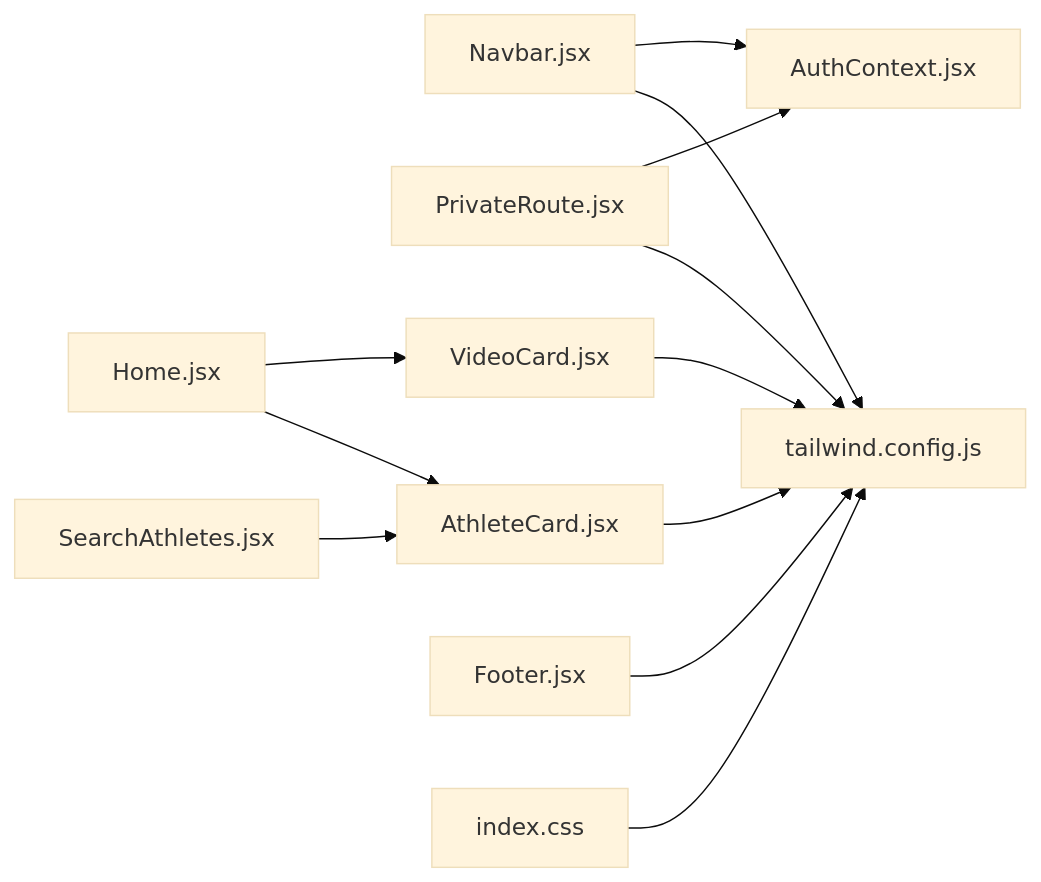
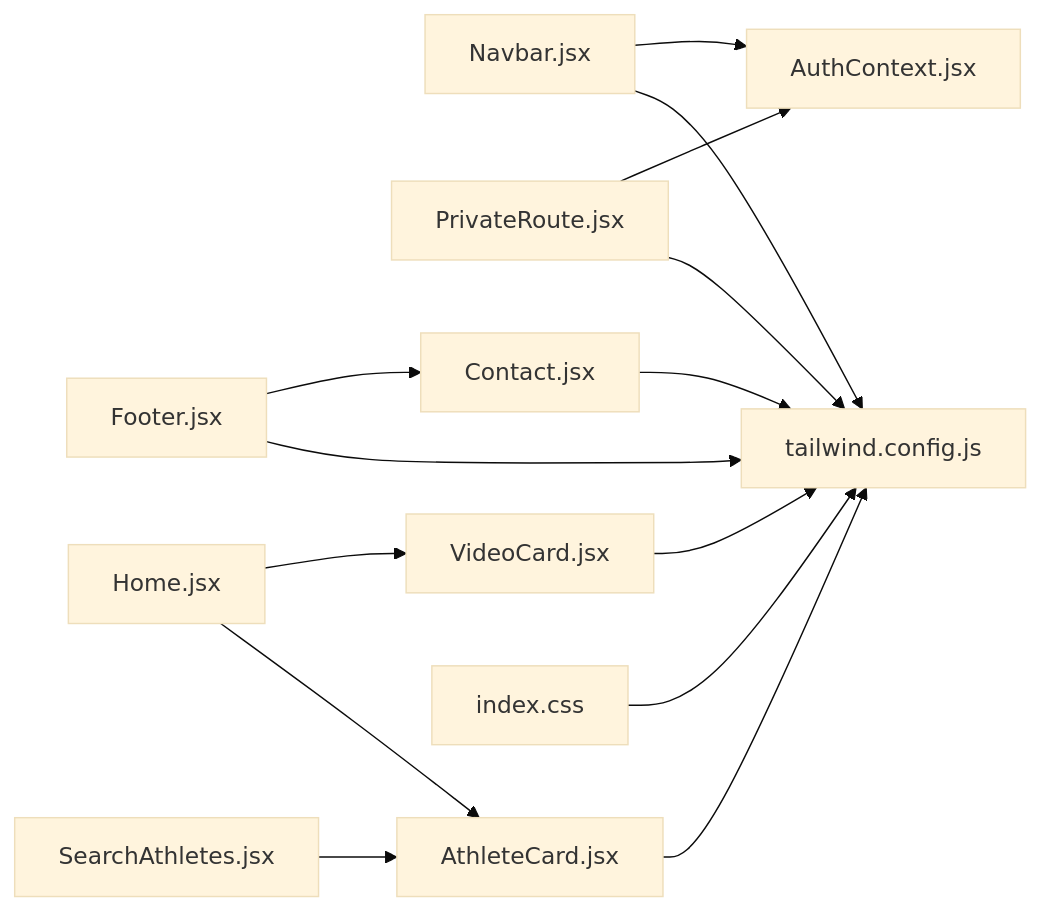
Before and after one commit to Alexandrexicara/craque-vision: the seventh of 7 diagrams in .qoder/repowiki/en/content/Frontend Application/Component Library.md, drawn with Mermaid (base theme). The commit also changed other lines of this file and 2 other files, not shown here.

````diff
--- a/.qoder/repowiki/en/content/Frontend Application/Component Library.md
+++ b/.qoder/repowiki/en/content/Frontend Application/Component Library.md
@@ -358,14 +388,16 @@
 ```mermaid
 graph LR
 NB["Navbar.jsx"] --> ACtx["AuthContext.jsx"]
 PR["PrivateRoute.jsx"] --> ACtx
 HOME["Home.jsx"] --> VC["VideoCard.jsx"]
 HOME --> AC["AthleteCard.jsx"]
 SEARCH["SearchAthletes.jsx"] --> AC
-NB --> TW["tailwind.config.js"]
-FT["Footer.jsx"] --> TW
+CONTACT["Contact.jsx"] --> TW["tailwind.config.js"]
+NB --> TW
+FT["Footer.jsx"] --> CONTACT
+FT --> TW
 VC --> TW
 AC --> TW
 PR --> TW
 CSS["index.css"] --> TW
 ```
````
